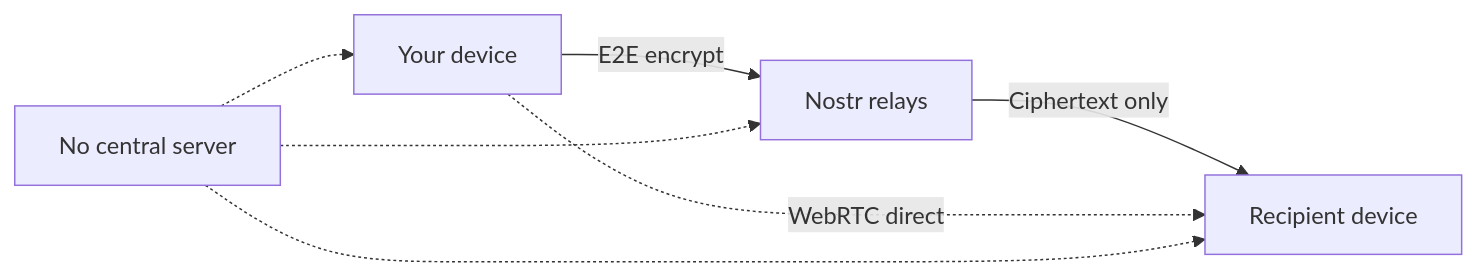
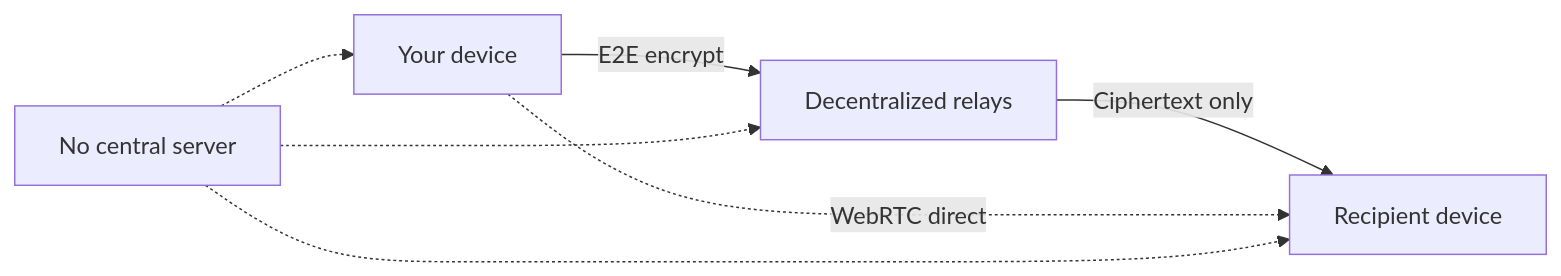
Before and after one commit to besoeasy/gupt: the diagram in README.md, drawn with Mermaid. The commit also changed other lines of this file and 1 other file, not shown here.

First line of the commit message:
Remove Nostr references from README and package.json

````diff
--- a/README.md
+++ b/README.md
@@ -140,9 +139,9 @@
 ```mermaid
 flowchart LR
-    A[Your device] -->|E2E encrypt| B[Nostr relays]
+    A[Your device] -->|E2E encrypt| B[Decentralized relays]
     B -->|Ciphertext only| C[Recipient device]
     A -.->|WebRTC direct| C
     D[No central server] -.-> A
     D -.-> B
     D -.-> C
 ```
````
